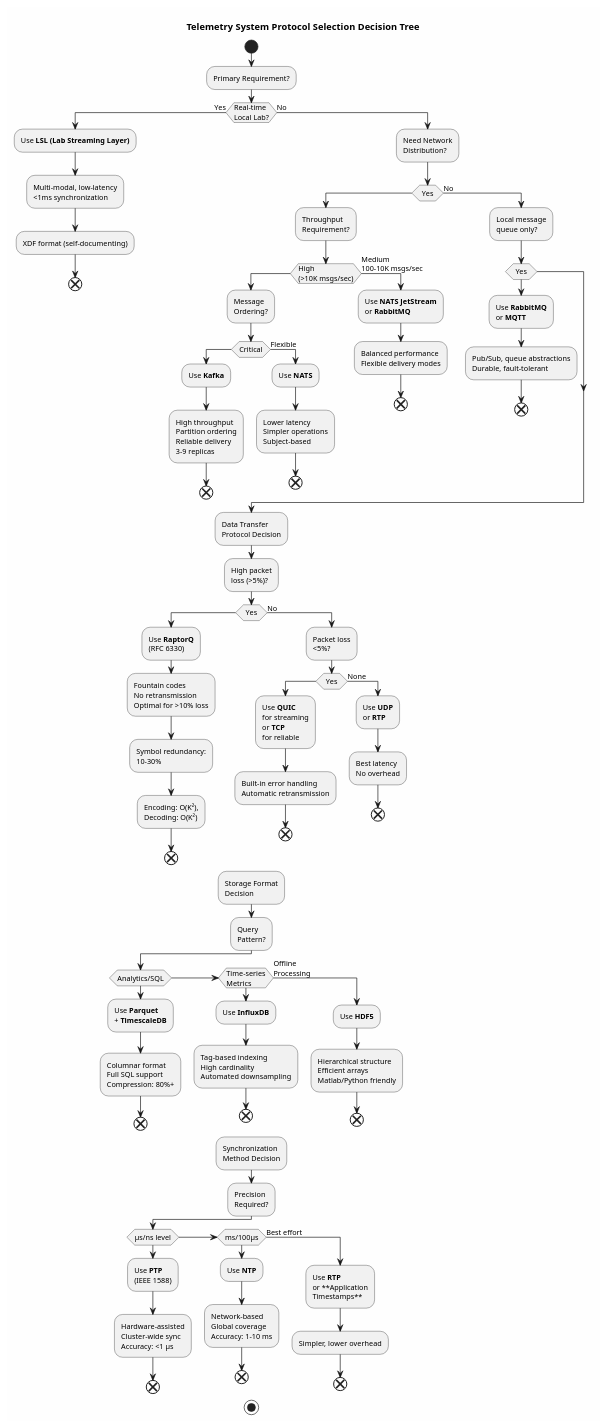
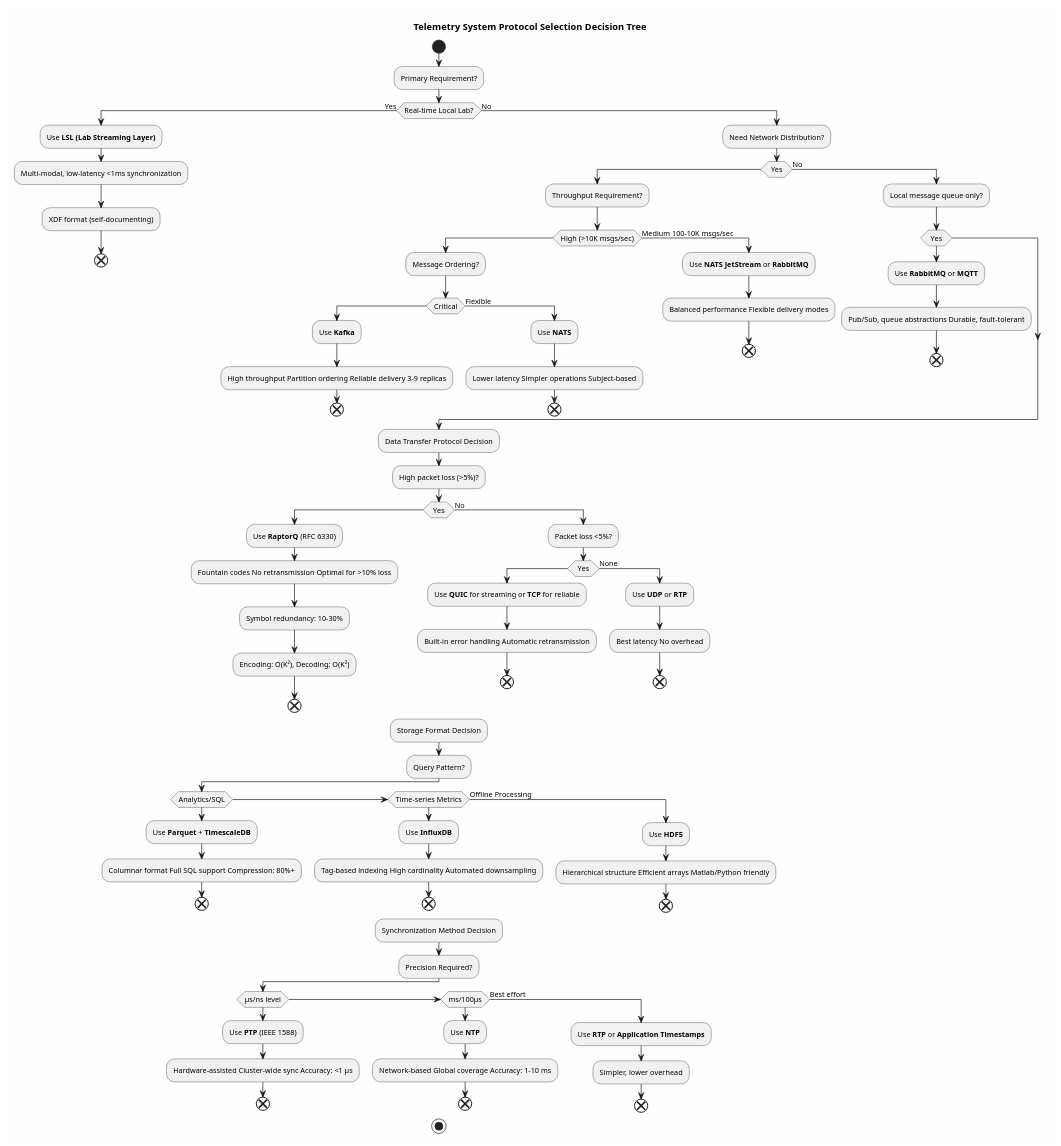
Before and after one commit to mwwhited-notes/shared: the diagram in projects/synchronized-telemetry-streaming-research/diagrams/decision-trees/protocol-selection.puml, drawn with PlantUML. The commit also changed 2 other files, not shown here.

Commit message:
update diagrams

```diff
--- a/projects/synchronized-telemetry-streaming-research/diagrams/decision-trees/protocol-selection.puml
+++ b/projects/synchronized-telemetry-streaming-research/diagrams/decision-trees/protocol-selection.puml
@@ -1,114 +1,114 @@
 @startuml Protocol Selection Decision Tree
 skinparam backgroundColor #FEFEFE
 skinparam defaultFontName Helvetica
 skinparam defaultFontSize 11
 skinparam linetype ortho
 
 title Telemetry System Protocol Selection Decision Tree
 
 start
 
 :Primary Requirement?;
 
-if (Real-time\nLocal Lab?) then (Yes)
+if (Real-time Local Lab?) then (Yes)
     :Use **LSL (Lab Streaming Layer)**;
-    :Multi-modal, low-latency\n<1ms synchronization;
+    :Multi-modal, low-latency <1ms synchronization;
     :XDF format (self-documenting);
     end
 else (No)
-    :Need Network\nDistribution?;
+    :Need Network Distribution?;
 
     if (Yes) then
-        :Throughput\nRequirement?;
+        :Throughput Requirement?;
 
-        if (High\n(>10K msgs/sec)) then
-            :Message\nOrdering?;
+        if (High (>10K msgs/sec)) then
+            :Message Ordering?;
 
             if (Critical) then
                 :Use **Kafka**;
-                :High throughput\nPartition ordering\nReliable delivery\n3-9 replicas;
+                :High throughput Partition ordering Reliable delivery 3-9 replicas;
                 end
             else (Flexible)
                 :Use **NATS**;
-                :Lower latency\nSimpler operations\nSubject-based;
+                :Lower latency Simpler operations Subject-based;
                 end
             endif
-        else (Medium\n100-10K msgs/sec)
-            :Use **NATS JetStream**\nor **RabbitMQ**;
-            :Balanced performance\nFlexible delivery modes;
+        else (Medium 100-10K msgs/sec)
+            :Use **NATS JetStream** or **RabbitMQ**;
+            :Balanced performance Flexible delivery modes;
             end
         endif
     else (No)
-        :Local message\nqueue only?;
+        :Local message queue only?;
 
         if (Yes) then
-            :Use **RabbitMQ**\nor **MQTT**;
-            :Pub/Sub, queue abstractions\nDurable, fault-tolerant;
+            :Use **RabbitMQ** or **MQTT**;
+            :Pub/Sub, queue abstractions Durable, fault-tolerant;
             end
         endif
     endif
 endif
 
-:Data Transfer\nProtocol Decision;
+:Data Transfer Protocol Decision;
 
-:High packet\nloss (>5%)?;
+:High packet loss (>5%)?;
 
 if (Yes) then
-    :Use **RaptorQ**\n(RFC 6330);
-    :Fountain codes\nNo retransmission\nOptimal for >10% loss;
-    :Symbol redundancy:\n10-30%;
-    :Encoding: O(K²),\nDecoding: O(K²);
+    :Use **RaptorQ** (RFC 6330);
+    :Fountain codes No retransmission Optimal for >10% loss;
+    :Symbol redundancy: 10-30%;
+    :Encoding: O(K²), Decoding: O(K²);
     end
 else (No)
-    :Packet loss\n<5%?;
+    :Packet loss <5%?;
 
     if (Yes) then
-        :Use **QUIC**\nfor streaming\nor **TCP**\nfor reliable;
-        :Built-in error handling\nAutomatic retransmission;
+        :Use **QUIC** for streaming or **TCP** for reliable;
+        :Built-in error handling Automatic retransmission;
         end
     else (None)
-        :Use **UDP**\nor **RTP**;
-        :Best latency\nNo overhead;
+        :Use **UDP** or **RTP**;
+        :Best latency No overhead;
         end
     endif
 endif
 
-:Storage Format\nDecision;
+:Storage Format Decision;
 
-:Query\nPattern?;
+:Query Pattern?;
 
 if (Analytics/SQL) then
-    :Use **Parquet**\n+ **TimescaleDB**;
-    :Columnar format\nFull SQL support\nCompression: 80%+;
+    :Use **Parquet** + **TimescaleDB**;
+    :Columnar format Full SQL support Compression: 80%+;
     end
-else if (Time-series\nMetrics) then
+else if (Time-series Metrics) then
     :Use **InfluxDB**;
-    :Tag-based indexing\nHigh cardinality\nAutomated downsampling;
+    :Tag-based indexing High cardinality Automated downsampling;
     end
-else (Offline\nProcessing)
+else (Offline Processing)
     :Use **HDF5**;
-    :Hierarchical structure\nEfficient arrays\nMatlab/Python friendly;
+    :Hierarchical structure Efficient arrays Matlab/Python friendly;
     end
 endif
 
-:Synchronization\nMethod Decision;
+:Synchronization Method Decision;
 
-:Precision\nRequired?;
+:Precision Required?;
 
 if (µs/ns level) then
-    :Use **PTP**\n(IEEE 1588);
-    :Hardware-assisted\nCluster-wide sync\nAccuracy: <1 µs;
+    :Use **PTP** (IEEE 1588);
+    :Hardware-assisted Cluster-wide sync Accuracy: <1 µs;
     end
 else if (ms/100µs) then
     :Use **NTP**;
-    :Network-based\nGlobal coverage\nAccuracy: 1-10 ms;
+    :Network-based Global coverage Accuracy: 1-10 ms;
     end
 else (Best effort)
-    :Use **RTP**\nor **Application\nTimestamps**;
+    :Use **RTP** or **Application Timestamps**;
     :Simpler, lower overhead;
     end
 endif
 
 stop
 
 @enduml
```
